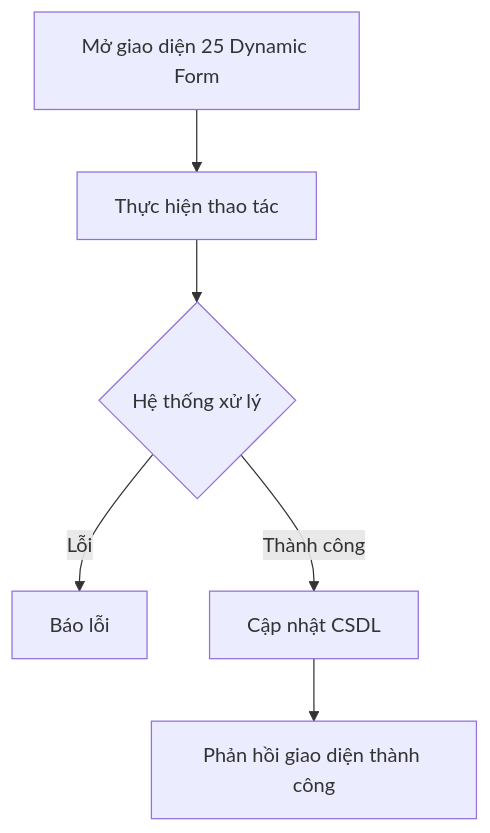
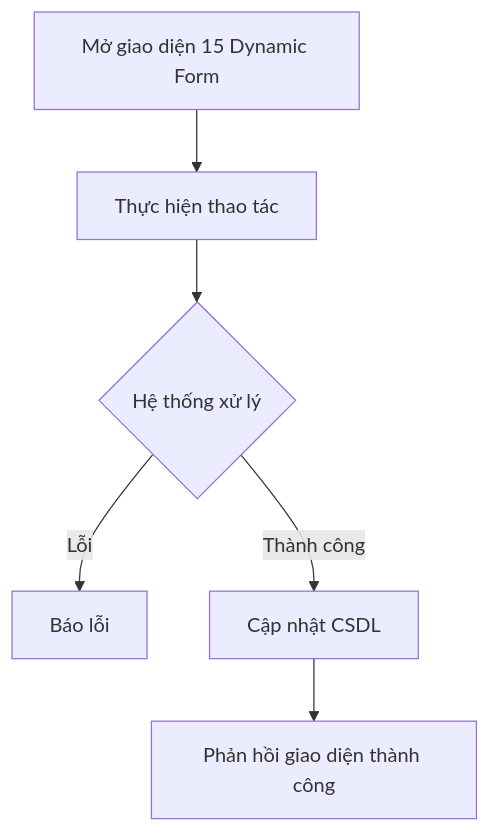
The diagram in nghiep_vu/epic-03_HR_Dashboard_Job_Management/user-story-15_Dynamic_Form/user-story.md (VanHaPtit/EasyTech_FE), drawn with Mermaid before and after one commit. The commit also changed other lines of this file and 31 other files, not shown here.

````diff
--- a/nghiep_vu/epic-03_HR_Dashboard_Job_Management/user-story-15_Dynamic_Form/user-story.md
+++ b/nghiep_vu/epic-03_HR_Dashboard_Job_Management/user-story-15_Dynamic_Form/user-story.md
@@ -11,8 +11,8 @@
 ```mermaid
 graph TD
-    A[Mở giao diện 25 Dynamic Form] --> B[Thực hiện thao tác]
+    A[Mở giao diện 15 Dynamic Form] --> B[Thực hiện thao tác]
     B --> C{Hệ thống xử lý}
     C -- Lỗi --> D[Báo lỗi]
     C -- Thành công --> E[Cập nhật CSDL]
     E --> F[Phản hồi giao diện thành công]
 ```
````
